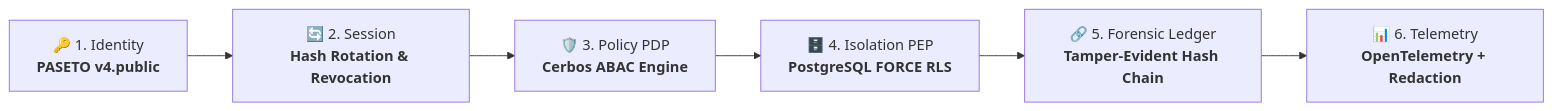
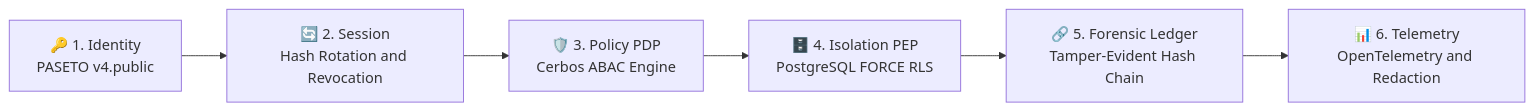
One commit to RASH-2137/redmesh changed the first of 4 diagrams in README.md. Above: the diagram before and after it, drawn with Mermaid. The commit also changed other lines of this file, not shown here.

````diff
--- a/README.md
+++ b/README.md
@@ -47,8 +47,8 @@
 ```mermaid
 flowchart LR
-    A["🔑 1. Identity<br/><b>PASETO v4.public</b>"] --> B["🔄 2. Session<br/><b>Hash Rotation & Revocation</b>"]
-    B --> C["🛡️ 3. Policy PDP<br/><b>Cerbos ABAC Engine</b>"]
-    C --> D["🗄️ 4. Isolation PEP<br/><b>PostgreSQL FORCE RLS</b>"]
-    D --> E["🔗 5. Forensic Ledger<br/><b>Tamper-Evident Hash Chain</b>"]
-    E --> F["📊 6. Telemetry<br/><b>OpenTelemetry + Redaction</b>"]
+    A["🔑 1. Identity<br/>PASETO v4.public"] --> B["🔄 2. Session<br/>Hash Rotation and Revocation"]
+    B --> C["🛡️ 3. Policy PDP<br/>Cerbos ABAC Engine"]
+    C --> D["🗄️ 4. Isolation PEP<br/>PostgreSQL FORCE RLS"]
+    D --> E["🔗 5. Forensic Ledger<br/>Tamper-Evident Hash Chain"]
+    E --> F["📊 6. Telemetry<br/>OpenTelemetry and Redaction"]
 ```
````
